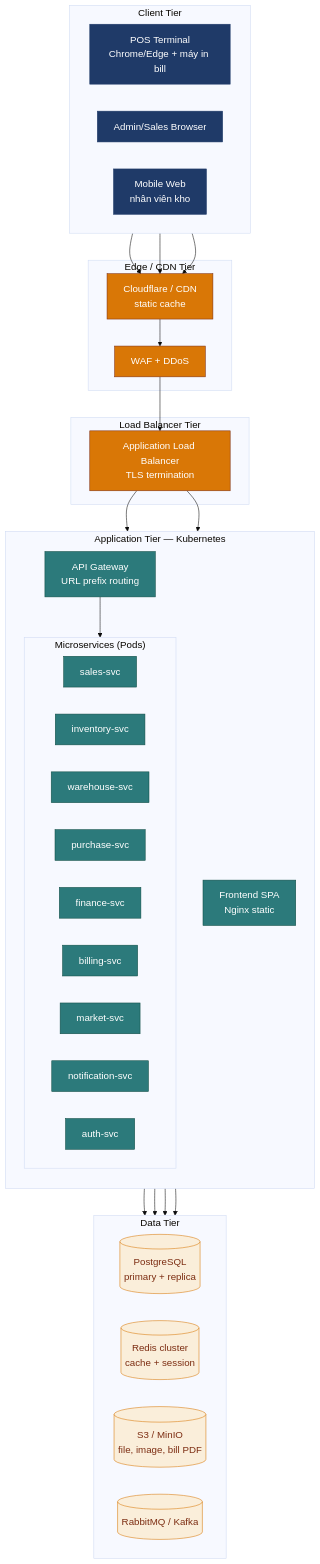
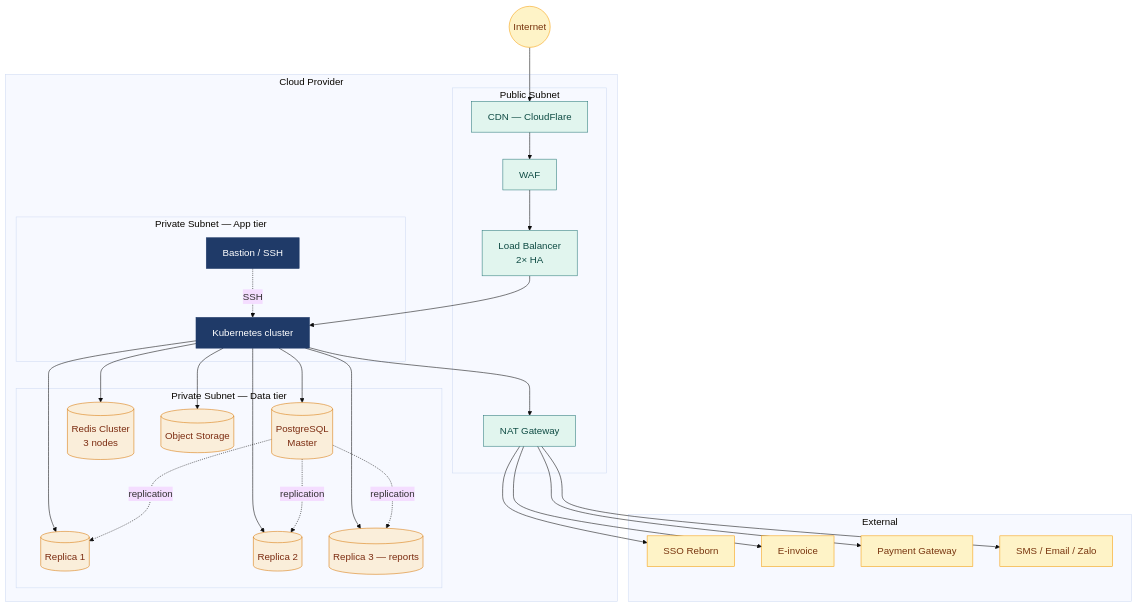
Before and after one commit to ducdung872001/cloud-crm: the diagram in docs/sa/diagrams/sources/04-physical-view.mmd, drawn with Mermaid. The commit also changed 1441 other files, not shown here.

```diff
--- a/docs/sa/diagrams/sources/04-physical-view.mmd
+++ b/docs/sa/diagrams/sources/04-physical-view.mmd
@@ -1,66 +1,60 @@
 %%{init: {'theme':'base','themeVariables':{'fontFamily':'Calibri','fontSize':'18px'}}}%%
 flowchart TB
-    subgraph CLIENT["Client Tier"]
-      direction LR
-      POS[POS Terminal<br/>Chrome/Edge + máy in bill]
-      BROWSER[Admin/Sales Browser]
-      MOB[Mobile Web<br/>nhân viên kho]
-    end
-
-    subgraph EDGE["Edge / CDN Tier"]
-      CF[Cloudflare / CDN<br/>static cache]
-      WAF[WAF + DDoS]
-    end
-
-    subgraph LB["Load Balancer Tier"]
-      ALB[Application Load Balancer<br/>TLS termination]
-    end
-
-    subgraph APP["Application Tier — Kubernetes"]
-      direction TB
-      SPA[Frontend SPA<br/>Nginx static]
-      GW[API Gateway<br/>URL prefix routing]
-      subgraph MS["Microservices (Pods)"]
-        direction LR
-        P_SALES[sales-svc]
-        P_INV[inventory-svc]
-        P_WH[warehouse-svc]
-        P_PUR[purchase-svc]
-        P_FIN[finance-svc]
-        P_BILL[billing-svc]
-        P_MKT[market-svc]
-        P_NOTIF[notification-svc]
-        P_AUTH[auth-svc]
+    INTERNET((Internet))
+    subgraph CLOUD["Cloud Provider"]
+      subgraph PUB["Public Subnet"]
+        CDN[CDN — CloudFlare]
+        WAF[WAF]
+        LB[Load Balancer<br/>2× HA]
+        NAT[NAT Gateway]
+      end
+      subgraph PRIV_APP["Private Subnet — App tier"]
+        K8S["Kubernetes cluster"]
+        BASTION[Bastion / SSH]
+      end
+      subgraph PRIV_DATA["Private Subnet — Data tier"]
+        PG_M[(PostgreSQL<br/>Master)]
+        PG_R1[(Replica 1)]
+        PG_R2[(Replica 2)]
+        PG_R3[(Replica 3 — reports)]
+        REDIS_C[(Redis Cluster<br/>3 nodes)]
+        S3_INT[(Object Storage)]
       end
     end
 
-    subgraph DATA["Data Tier"]
-      direction LR
-      PG[(PostgreSQL<br/>primary + replica)]
-      REDIS[(Redis cluster<br/>cache + session)]
-      S3[(S3 / MinIO<br/>file, image, bill PDF)]
-      MQ[(RabbitMQ / Kafka)]
+    subgraph EXT["External"]
+      SSO[SSO Reborn]
+      VAT[E-invoice]
+      PAY[Payment Gateway]
+      SMS[SMS / Email / Zalo]
     end
 
-    POS --> CF
-    BROWSER --> CF
-    MOB --> CF
-    CF --> WAF
-    WAF --> ALB
-    ALB --> SPA
-    ALB --> GW
-    GW --> MS
-    MS --> PG
-    MS --> REDIS
-    MS --> S3
-    MS --> MQ
+    INTERNET --> CDN
+    CDN --> WAF
+    WAF --> LB
+    LB --> K8S
+    K8S --> PG_M
+    K8S --> PG_R1
+    K8S --> PG_R2
+    K8S --> PG_R3
+    K8S --> REDIS_C
+    K8S --> S3_INT
+    K8S --> NAT
+    NAT --> SSO
+    NAT --> VAT
+    NAT --> PAY
+    NAT --> SMS
+    BASTION -.SSH.-> K8S
+    PG_M -.replication.-> PG_R1
+    PG_M -.replication.-> PG_R2
+    PG_M -.replication.-> PG_R3
 
-    classDef client fill:#1F3A68,stroke:#1F3A68,color:#fff
-    classDef edge fill:#D97706,stroke:#7C2D12,color:#fff
-    classDef app fill:#2C7A7B,stroke:#0F4C44,color:#fff
+    classDef ext fill:#FEF3C7,stroke:#F59E0B,color:#78350F
+    classDef pub fill:#E1F5EE,stroke:#2C7A7B,color:#0F4C44
+    classDef app fill:#1F3A68,stroke:#1F3A68,color:#fff
     classDef data fill:#FAEEDA,stroke:#D97706,color:#7C2D12
 
-    class POS,BROWSER,MOB client
-    class CF,WAF,ALB edge
-    class SPA,GW,P_SALES,P_INV,P_WH,P_PUR,P_FIN,P_BILL,P_MKT,P_NOTIF,P_AUTH app
-    class PG,REDIS,S3,MQ data
+    class INTERNET,SSO,VAT,PAY,SMS ext
+    class CDN,WAF,LB,NAT pub
+    class K8S,BASTION app
+    class PG_M,PG_R1,PG_R2,PG_R3,REDIS_C,S3_INT data
```
